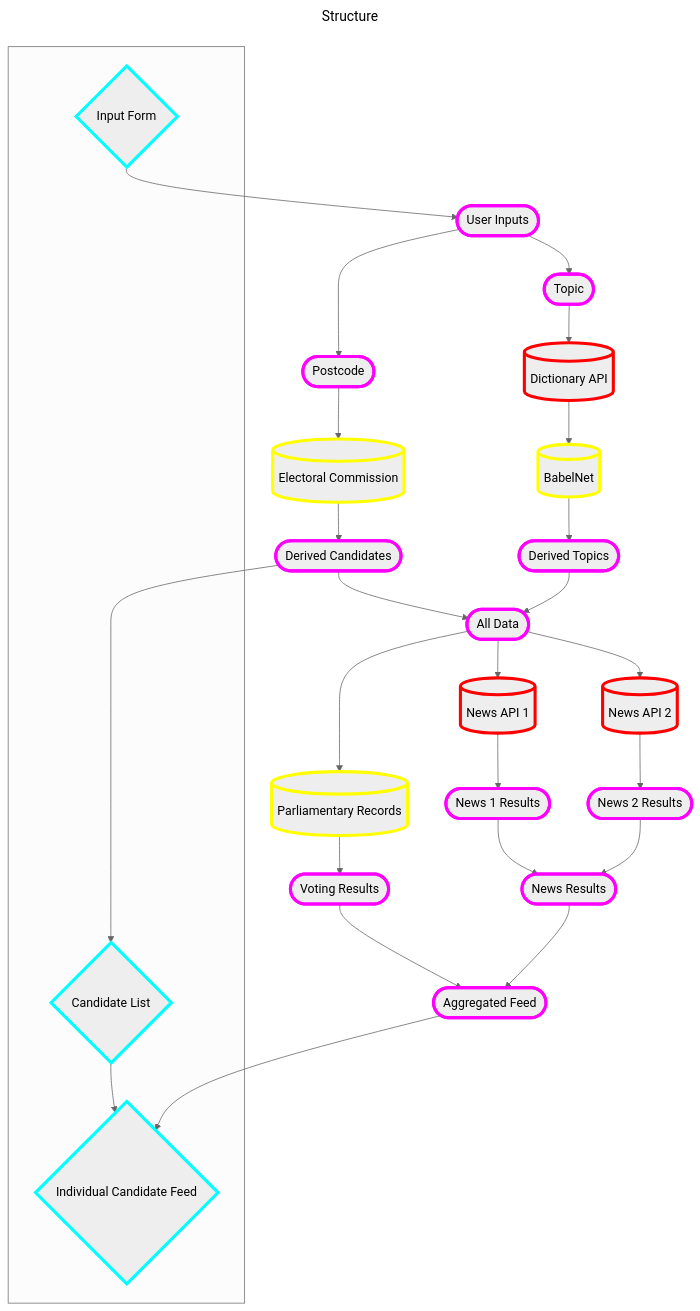
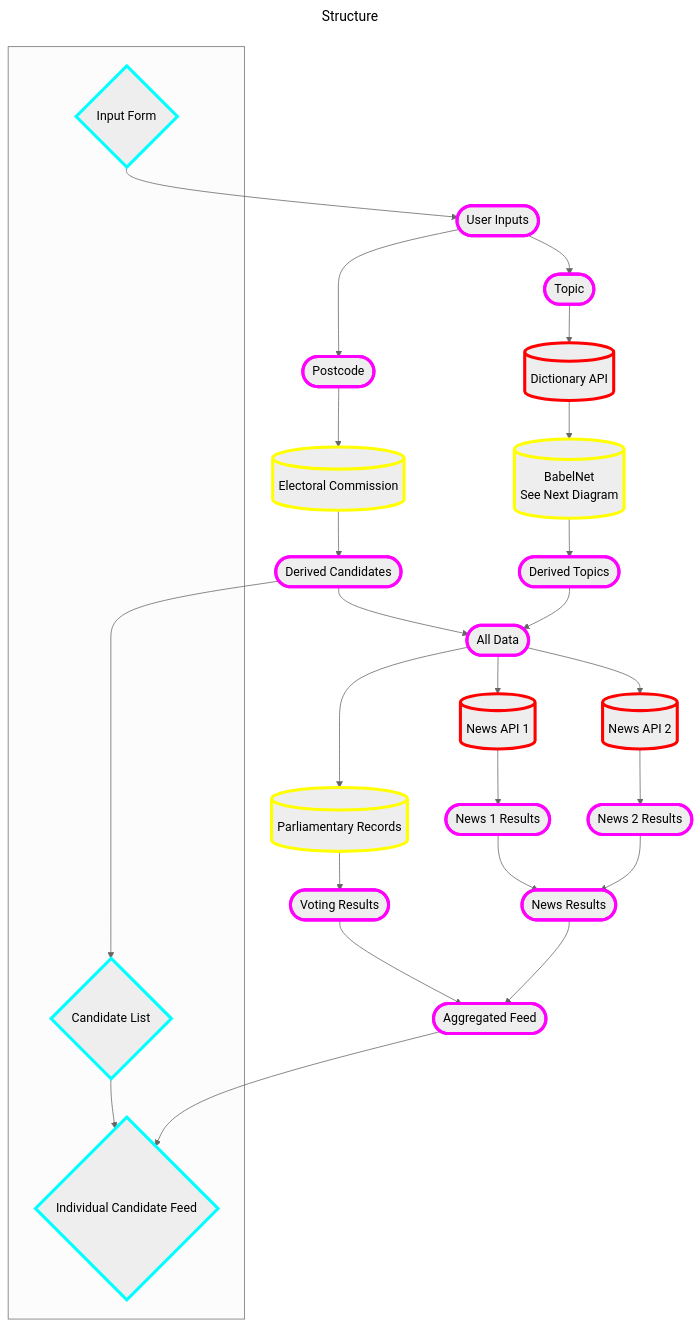
The second of 4 diagrams in docs/FLOW.md (JasonWarrenUK/got-my-back), drawn with Mermaid (neutral theme) before and after one commit. The commit also changed other lines of this file, not shown here.

Commit message:
docs: Synonym flow complete

````diff
--- a/docs/FLOW.md
+++ b/docs/FLOW.md
@@ -39,67 +39,68 @@
 ```mermaid
 ---
 title: Structure
 ---
     graph TD
     %% User Inputs
     gmbSubmit{"`Input Form`"}:::page
     dataUser(["`User Inputs`"]):::data
     dataWhere(["`Postcode`"]):::data
     dataWhat(["`Topic`"]):::data
 
     %% User Inputs --> Expanded Inputs
     apiDic[("`Dictionary API`")]:::toFind
-    apiBbl[("`BabelNet`")]:::toUse
+    apiBbl[("`BabelNet
+        See Next Diagram`")]:::toUse
     apiCom[("`Electoral Commission`")]:::toUse
 
     %% Expanded Inputs --> Search Terms
     dataTopic(["`Derived Topics`"]):::data
     dataWho(["`Derived Candidates`"]):::data
     dataTerms(["`All Data`"]):::data
 
     %% Search Terms --> Results
     apiPar[("`Parliamentary Records`")]:::toUse
     apiNew1[("`News API 1`")]:::toFind
     apiNew2[("`News API 2`")]:::toFind
 
     %% Results --> Data
     dataVote(["`Voting Results`"]):::data
     dataNews1(["`News 1 Results`"]):::data
     dataNews2(["`News 2 Results`"]):::data
     dataNews(["`News Results`"]):::data
     dataFeed(["`Aggregated Feed`"]):::data
 
     %% Data --> Output
     gmbAll{Candidate List}:::page
     gmbOne{Individual Candidate Feed}:::page
 
     %% Flow
     gmbSubmit --> dataUser
     dataUser --> dataWhere & dataWhat
     dataWhere --> apiCom
     dataWhat --> apiDic --> apiBbl
     apiCom --> dataWho
     apiBbl --> dataTopic
     dataWho --> dataTerms & gmbAll
     dataTopic --> dataTerms
     dataTerms --> apiPar & apiNew1 & apiNew2
     apiPar --> dataVote
     apiNew1 --> dataNews1
     apiNew2 --> dataNews2
     dataNews1 & dataNews2 --> dataNews
     dataNews & dataVote --> dataFeed
     dataFeed & gmbAll --> gmbOne
 
     subgraph user["`
     `"]
         gmbSubmit
         gmbAll
         gmbOne
     end
 
     %% Create Styles
     classDef toFind stroke:#f00, stroke-width:4px
     classDef toUse stroke:#ff0, stroke-width:4px
     classDef data stroke:#f0f, stroke-width:4px
     classDef page stroke:#0ff, stroke-width:4px
 ```
````
